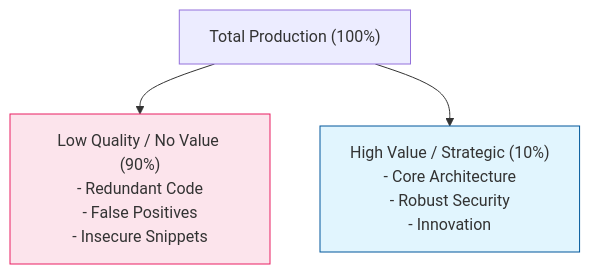
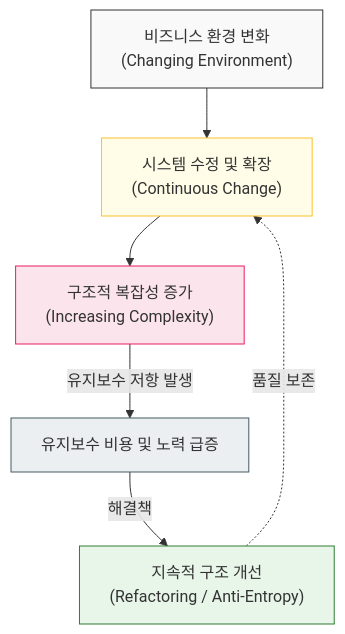
Before and after one commit to jeonck/ai-sw-engineering: the second of 2 diagrams in docs/laws/lehmans-laws.md, drawn with Mermaid. The commit also changed other lines of this file and 3 other files, not shown here.

````diff
--- a/docs/laws/lehmans-laws.md
+++ b/docs/laws/lehmans-laws.md
@@ -33,8 +30,18 @@
 ```mermaid
 graph TD
-    All["Total Production (100%)"] --> Low["Low Quality / No Value (90%)\n- Redundant Code\n- False Positives\n- Insecure Snippets"]
-    All --> High["High Value / Strategic (10%)\n- Core Architecture\n- Robust Security\n- Innovation"]
+    Env["비즈니스 환경 변화\n(Changing Environment)"] --> Change["시스템 수정 및 확장\n(Continuous Change)"]
     
-    style Low fill:#fce4ec,stroke:#e91e63
-    style High fill:#e1f5fe,stroke:#01579b
+    Change --> Complexity["구조적 복잡성 증가\n(Increasing Complexity)"]
+    
+    Complexity -- "유지보수 저항 발생" --> Maintenance["유지보수 비용 및 노력 급증"]
+    
+    Maintenance -- "해결책" --> Refactoring["지속적 구조 개선\n(Refactoring / Anti-Entropy)"]
+    
+    Refactoring -. "품질 보존" .-> Change
+    
+    style Env fill:#f9f9f9,stroke:#333,stroke-width:1px
+    style Change fill:#fffde7,stroke:#fbc02d,stroke-width:1px
+    style Complexity fill:#fce4ec,stroke:#e91e63,stroke-width:1px
+    style Refactoring fill:#e8f5e9,stroke:#2e7d32,stroke-width:1px
+    style Maintenance fill:#eceff1,stroke:#455a64,stroke-width:1px
 ```
````
